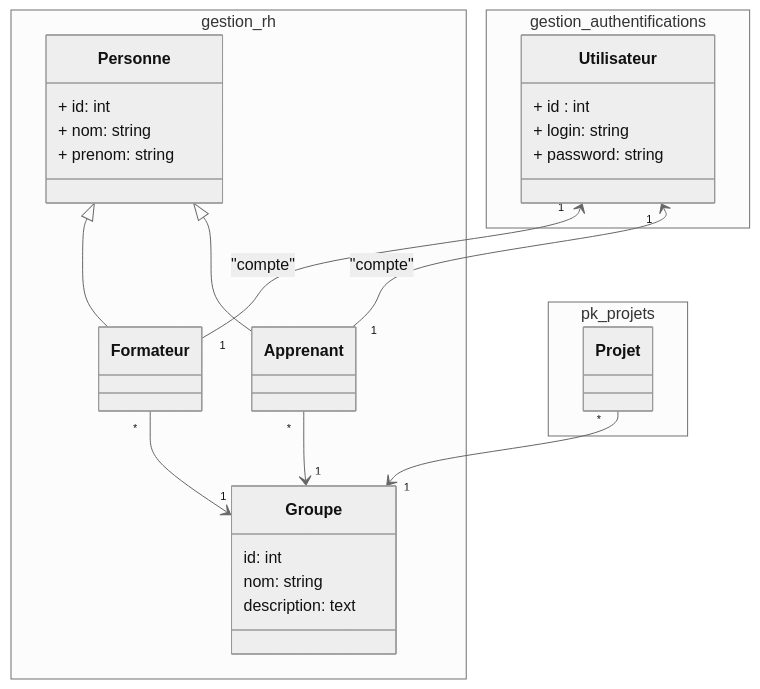
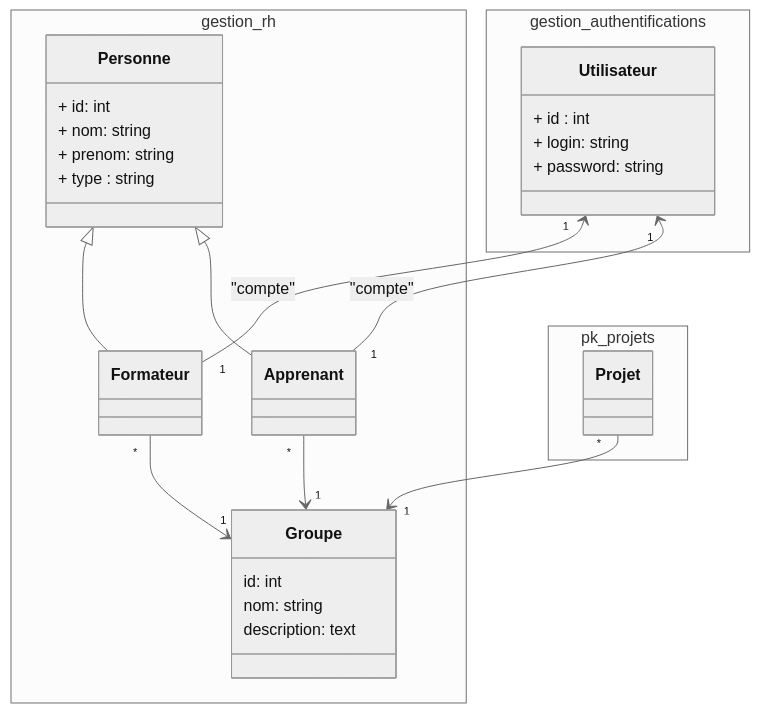
The diagram in modélisation/pkg_rh/classes_pkg_rh.mmd (zaani12/prototype), drawn with Mermaid (neutral theme) before and after one commit. The commit also changed 4 other files, not shown here.

```diff
--- a/modélisation/pkg_rh/classes_pkg_rh.mmd
+++ b/modélisation/pkg_rh/classes_pkg_rh.mmd
@@ -1,46 +1,47 @@
 classDiagram
 
 namespace gestion_rh{
 
 class Personne {
     + id: int 
     + nom: string 
     + prenom: string 
+    + type : string 
 }
 class Formateur 
 class Apprenant
 
 class  Groupe {
     id: int
     nom: string
     description: text
 }
 
 
 }
 
 namespace pk_projets {
   class Projet
 
 }
 
 
 
 namespace gestion_authentifications {
 
 class Utilisateur {
     + id : int
     + login: string 
     + password: string 
 }
 }
 
 Personne <|-- Formateur
 Personne <|-- Apprenant 
 Utilisateur "1" <-- "1" Formateur : "compte"
 Utilisateur "1" <-- "1" Apprenant : "compte"
 
 Apprenant  "*" --> "1"  Groupe 
 
 Projet "*" --> "1" Groupe
 Formateur "*" --> "1" Groupe
```
